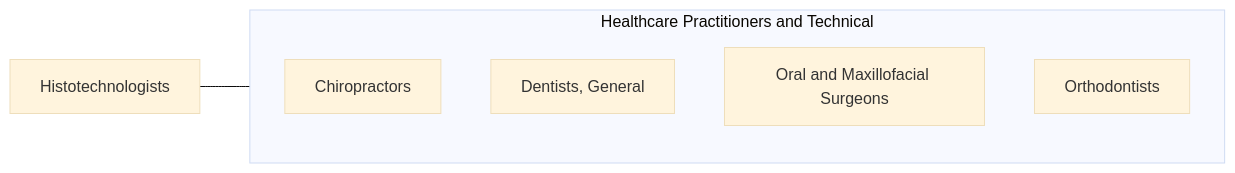
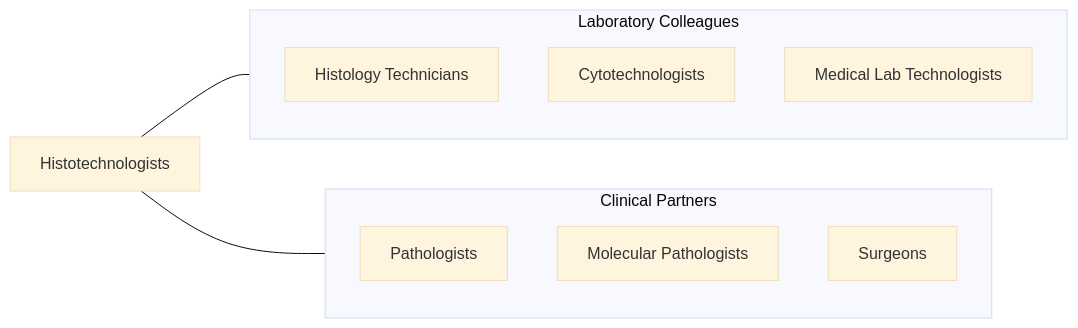
One commit to kziemski/business.org.ai changed the fourth of 4 diagrams in occupations/HealthcarePractitioners/Histotechnologists.mdx. Above: the diagram before and after it, drawn with Mermaid (base theme). The commit also changed other lines of this file and 938 other files, not shown here.

````diff
--- a/occupations/HealthcarePractitioners/Histotechnologists.mdx
+++ b/occupations/HealthcarePractitioners/Histotechnologists.mdx
@@ -106,13 +176,19 @@
 ```mermaid
 graph LR
     Current["Histotechnologists"]
 
-    subgraph SameCategory["Healthcare Practitioners and Technical"]
-        Chiropractors["Chiropractors"]
-        DentistsGeneral["Dentists, General"]
-        OralAndMaxillofacial["Oral and Maxillofacial Surgeons"]
-        Orthodontists["Orthodontists"]
+    subgraph LabTeam["Laboratory Colleagues"]
+        HistoTechs["Histology Technicians"]
+        Cytotechs["Cytotechnologists"]
+        MedLabTechs["Medical Lab Technologists"]
     end
 
-    Current --- SameCategory
+    subgraph Clinical["Clinical Partners"]
+        Pathologists["Pathologists"]
+        MolecularPath["Molecular Pathologists"]
+        Surgeons["Surgeons"]
+    end
+
+    Current --- LabTeam
+    Current --- Clinical
 ```
````
